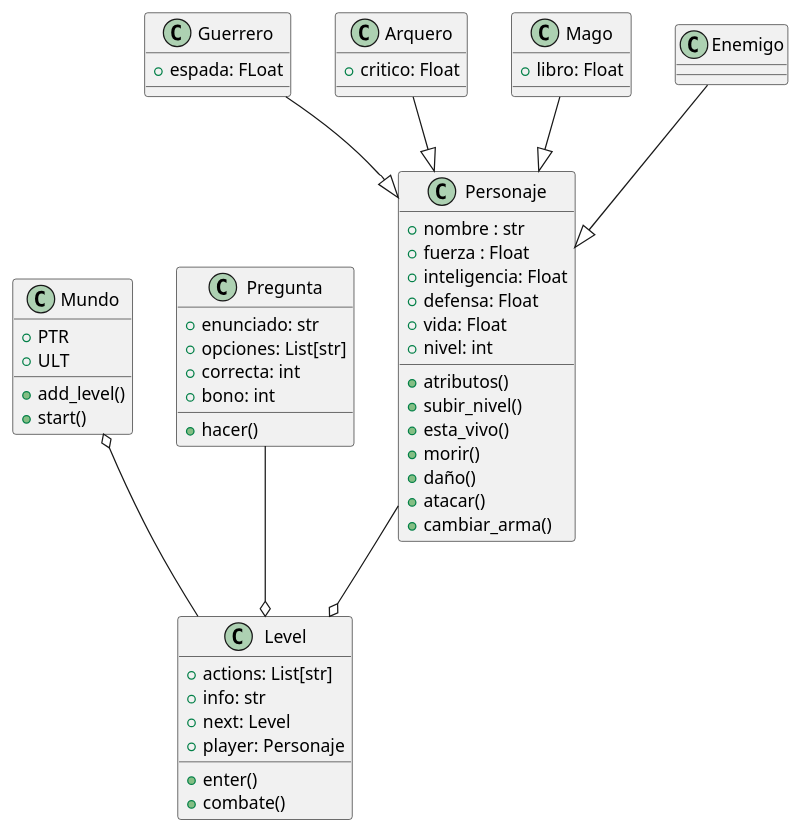
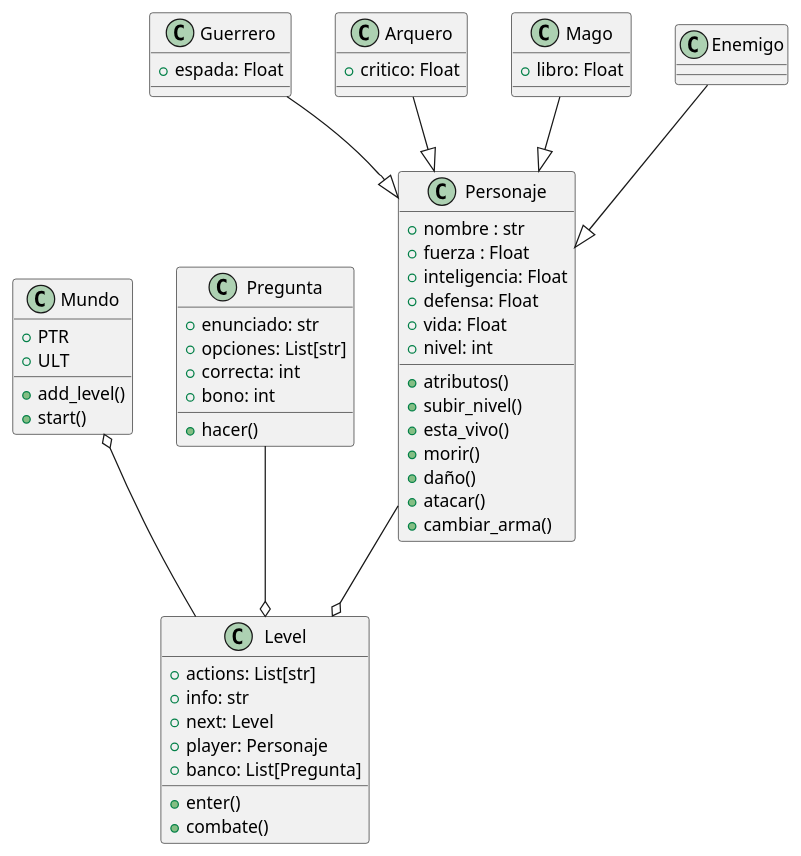
Before and after one commit to davidmosquera03/OOP_FinalProject: the diagram in UML.puml, drawn with PlantUML. The commit also changed other lines of this file and 5 other files, not shown here.

```diff
--- a/UML.puml
+++ b/UML.puml
@@ -2,57 +2,58 @@
 @startuml
 top to bottom direction
 class Personaje{
 +nombre : str
 +fuerza : Float 
 +inteligencia: Float
 +defensa: Float
 +vida: Float 
 +nivel: int
 +atributos()
 +subir_nivel()
 +esta_vivo()
 +morir()
 +daño()
 +atacar()
 + cambiar_arma()
 }
 class Guerrero{
-+ espada: FLoat
++ espada: Float
 }
 class Arquero{
 + critico: Float
 }
 class Mago{
 +libro: Float
 }
 class Mundo{
 +PTR
 +ULT
 +add_level()
 +start()
 }
 class Level{
 + actions: List[str]
 + info: str
 + next: Level
 + player: Personaje
++ banco: List[Pregunta]
 + enter()
 + combate()
 }
 class Enemigo{
 }
 class Pregunta{
 + enunciado: str
 +opciones: List[str]
 +correcta: int
 +bono: int
 +hacer()
 }
 Mundo o-- Level
 Guerrero --|> Personaje
 Enemigo --|> Personaje
 Mago --|> Personaje
 Arquero --|> Personaje
 Personaje--o Level
 Pregunta --o Level
 @enduml
```
